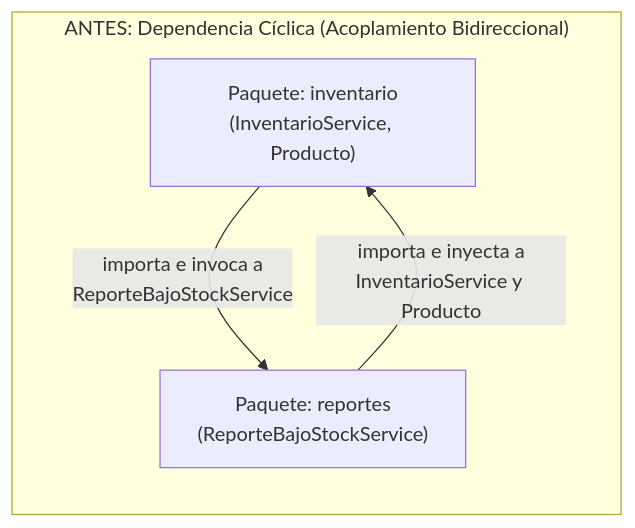
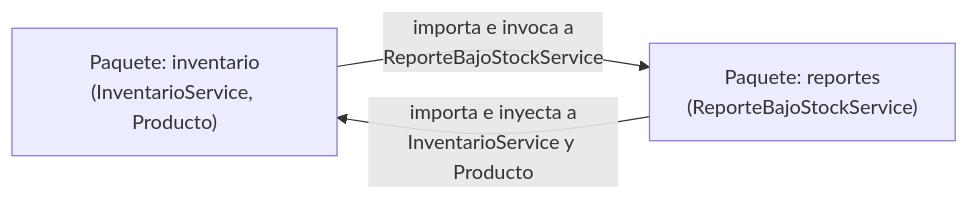
One commit to sanYesid/calvo-post1-u11 changed the first of 2 diagrams in README.md. Above: the diagram before and after it, drawn with Mermaid. The commit also changed other lines of this file, not shown here.

Commit message:
docs: consolidar README con evidencia medible, diagramas de arquitectura y decisiones de diseño 1 a 4

````diff
--- a/README.md
+++ b/README.md
@@ -85,10 +284,7 @@
 ```mermaid
 graph LR
-    subgraph "ANTES: Dependencia Cíclica (Acoplamiento Bidireccional)"
-        I["Paquete: inventario<br/>(InventarioService, Producto)"]
-        R["Paquete: reportes<br/>(ReporteBajoStockService)"]
-        I -- "importa e invoca a<br/>ReporteBajoStockService" --> R
-        R -- "importa e inyecta a<br/>InventarioService y Producto" --> I
-    end
-
+    I["Paquete: inventario<br/>(InventarioService, Producto)"]
+    R["Paquete: reportes<br/>(ReporteBajoStockService)"]
+    I -- "importa e invoca a<br/>ReporteBajoStockService" --> R
+    R -- "importa e inyecta a<br/>InventarioService y Producto" --> I
 ```
````
